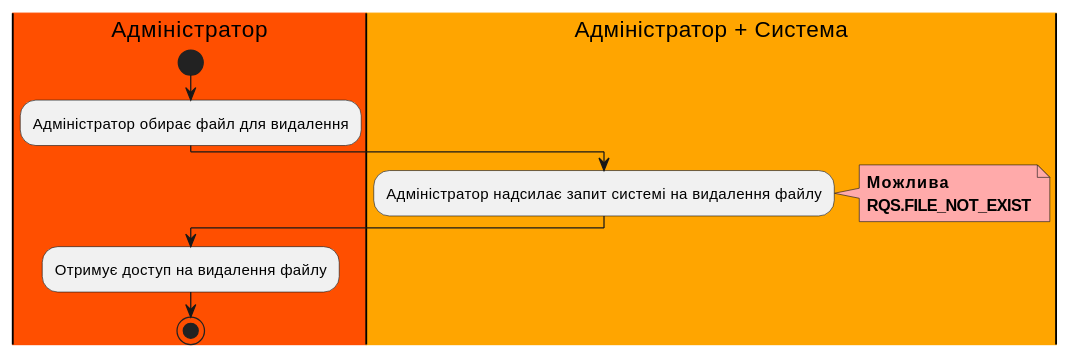
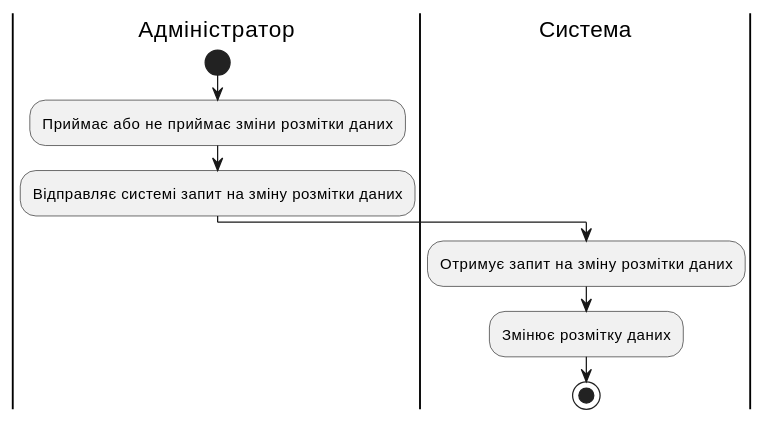
Before and after one commit to m1guelten/edu-db-cw: diagram 13 of 18 in docs/use cases/README.md, drawn with PlantUML. The commit also changed other lines of this file, not shown here.

Commit message:
edited some diagrams

```diff
--- a/docs/use cases/README.md
+++ b/docs/use cases/README.md
@@ -421,15 +411,15 @@
 @startuml
 
-|#FF4F00|Адміністратор|
+|Адміністратор|
 start
-:Адміністратор обирає файл для видалення;
-|#FFA500|Адміністратор + Система|
-:Адміністратор надсилає запит системі на видалення файлу;
-note right #ffaaaa
-<b>Можлива</b>
-<b>RQS.FILE_NOT_EXIST</b>
-end note
-|Адміністратор|
-:Отримує доступ на видалення файлу;
+
+:Приймає або не приймає зміни розмітки даних;
+:Відправляє системі запит на зміну розмітки даних;
+
+|Система|
+:Отримує запит на зміну розмітки даних;
+:Змінює розмітку даних;
+
 stop;
+
 @enduml
```
